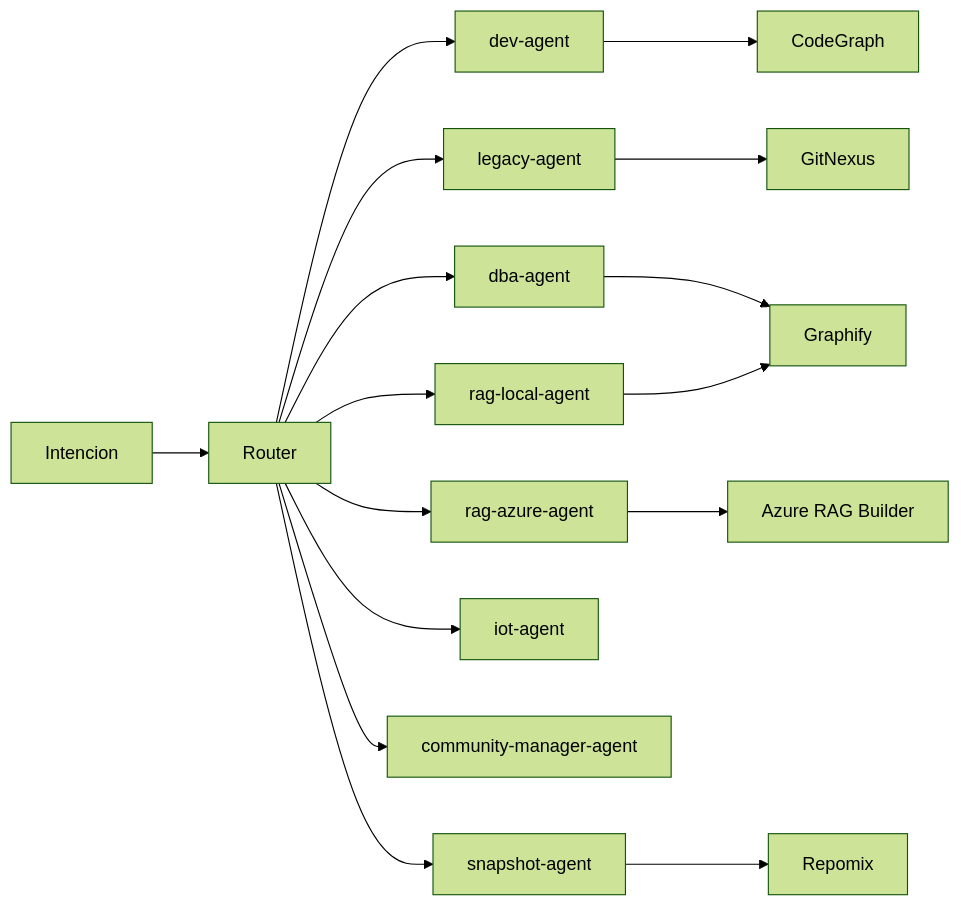
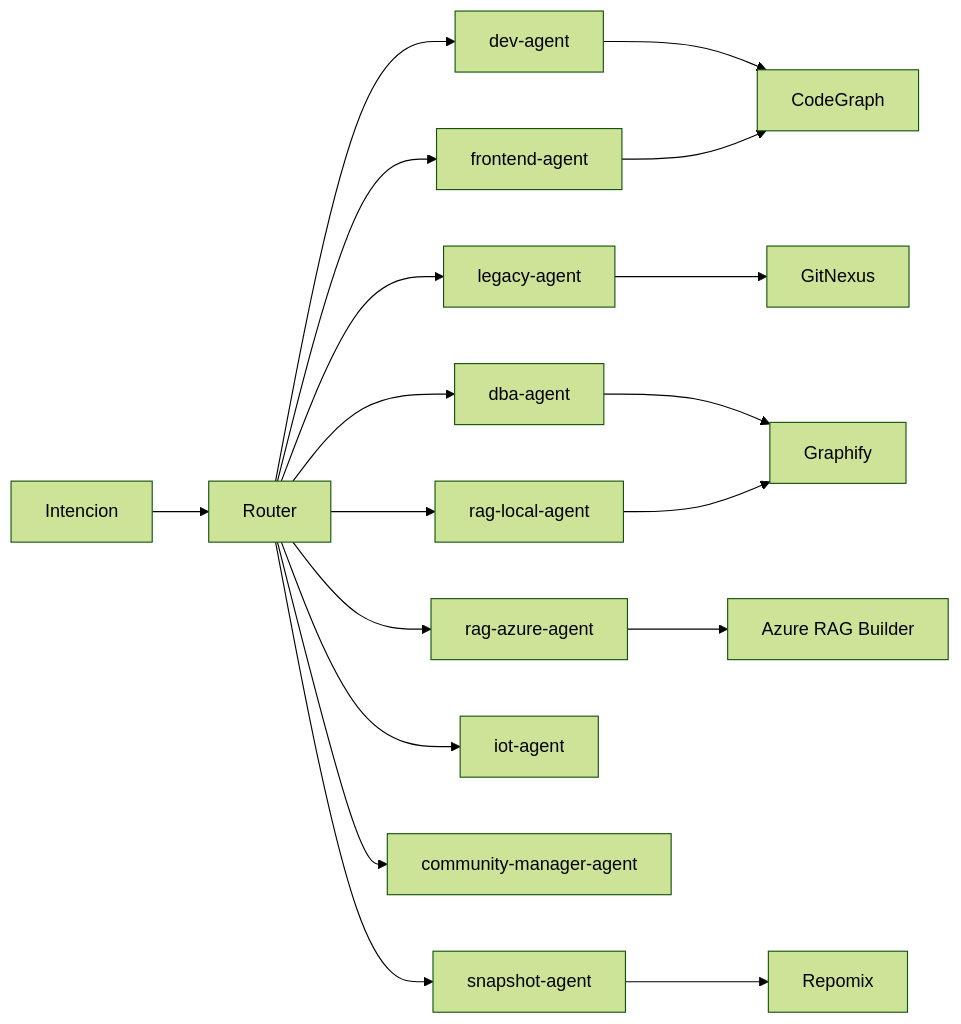
The diagram in AGENTS.md (Sertxito/mcp-efficiency-engine), drawn with Mermaid (forest theme) before and after one commit. The commit also changed other lines of this file and 82 other files, not shown here.

````diff
--- a/AGENTS.md
+++ b/AGENTS.md
@@ -81,18 +82,20 @@
 ```mermaid
 flowchart LR
   I[Intencion] --> RT[Router]
   RT --> DEV[dev-agent]
+  RT --> FE[frontend-agent]
   RT --> LEG[legacy-agent]
   RT --> DBA[dba-agent]
   RT --> RLOCAL[rag-local-agent]
   RT --> RAZ[rag-azure-agent]
   RT --> IOT[iot-agent]
   RT --> COM[community-manager-agent]
   RT --> SNAP[snapshot-agent]
   DEV --> CG[CodeGraph]
+  FE --> CG
   LEG --> GN[GitNexus]
   DBA --> GF[Graphify]
   RLOCAL --> GF
   RAZ --> AZRAG[Azure RAG Builder]
   SNAP --> RPX[Repomix]
 ```
````
